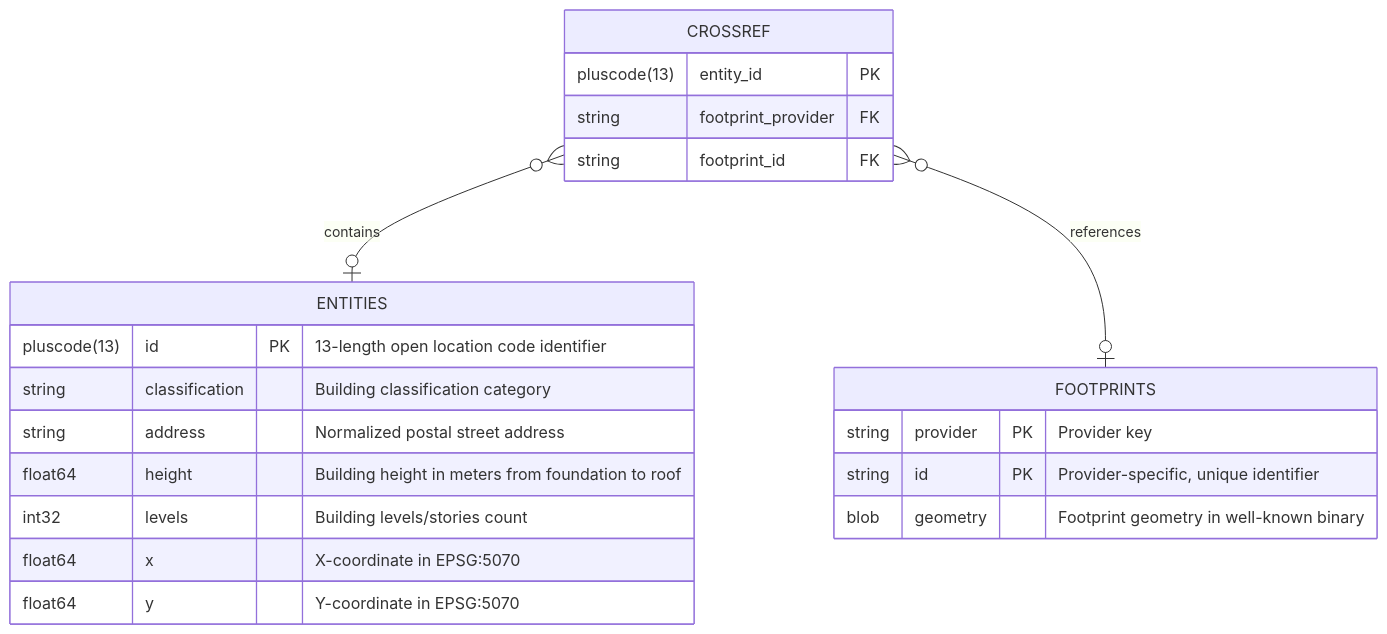
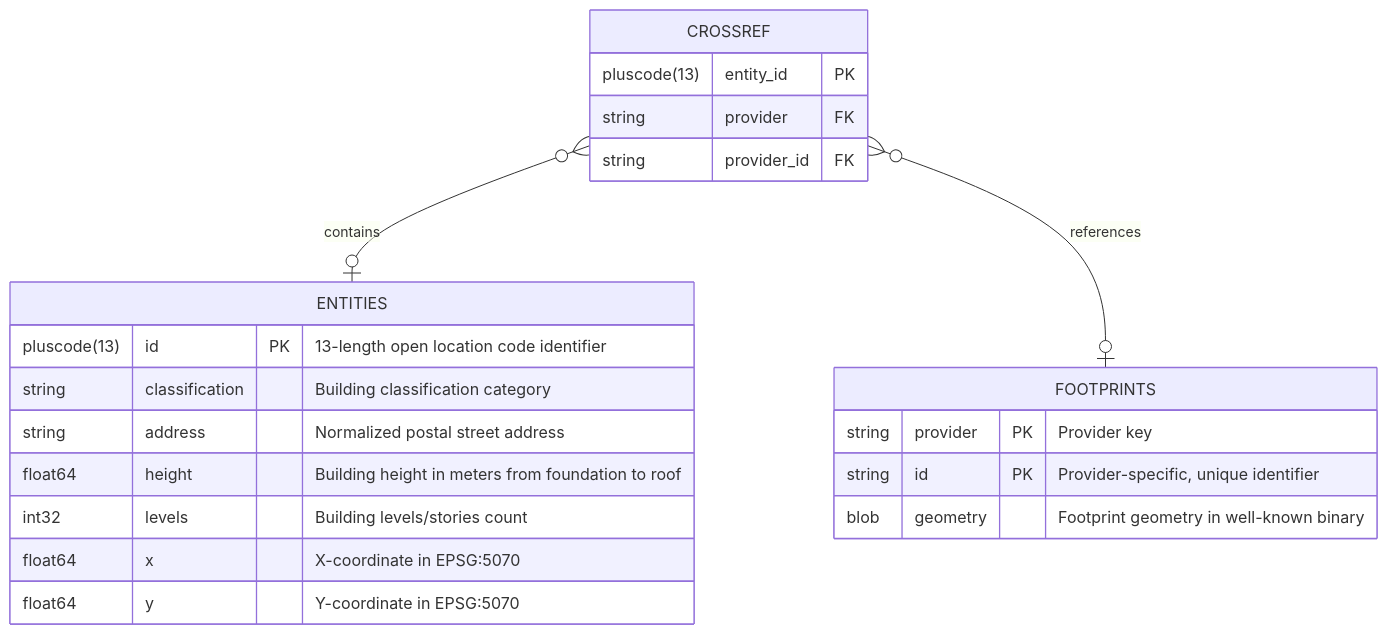
Before and after one commit to owp-spatial/bear: the second of 2 diagrams in docs/reference/schema.md, drawn with Mermaid. The commit also changed 8 other files, not shown here.

````diff
--- a/docs/reference/schema.md
+++ b/docs/reference/schema.md
@@ -19,24 +19,24 @@
 ``` mermaid
 erDiagram
     CROSSREF zero or more to zero or one ENTITIES : contains
     CROSSREF zero or more to zero or one FOOTPRINTS : references
     CROSSREF {
         pluscode(13) entity_id PK
-        string footprint_provider FK
-        string footprint_id FK
+        string provider FK
+        string provider_id FK
     }
     ENTITIES {
         pluscode(13) id PK "13-length open location code identifier"
         string classification "Building classification category"
         string address "Normalized postal street address"
         float64 height "Building height in meters from foundation to roof"
         int32 levels "Building levels/stories count"
         float64 x "X-coordinate in EPSG:5070"
         float64 y "Y-coordinate in EPSG:5070"
     }
     FOOTPRINTS {
         string provider PK "Provider key"
         string id PK "Provider-specific, unique identifier"
         blob geometry "Footprint geometry in well-known binary"
     }
 ```
````
